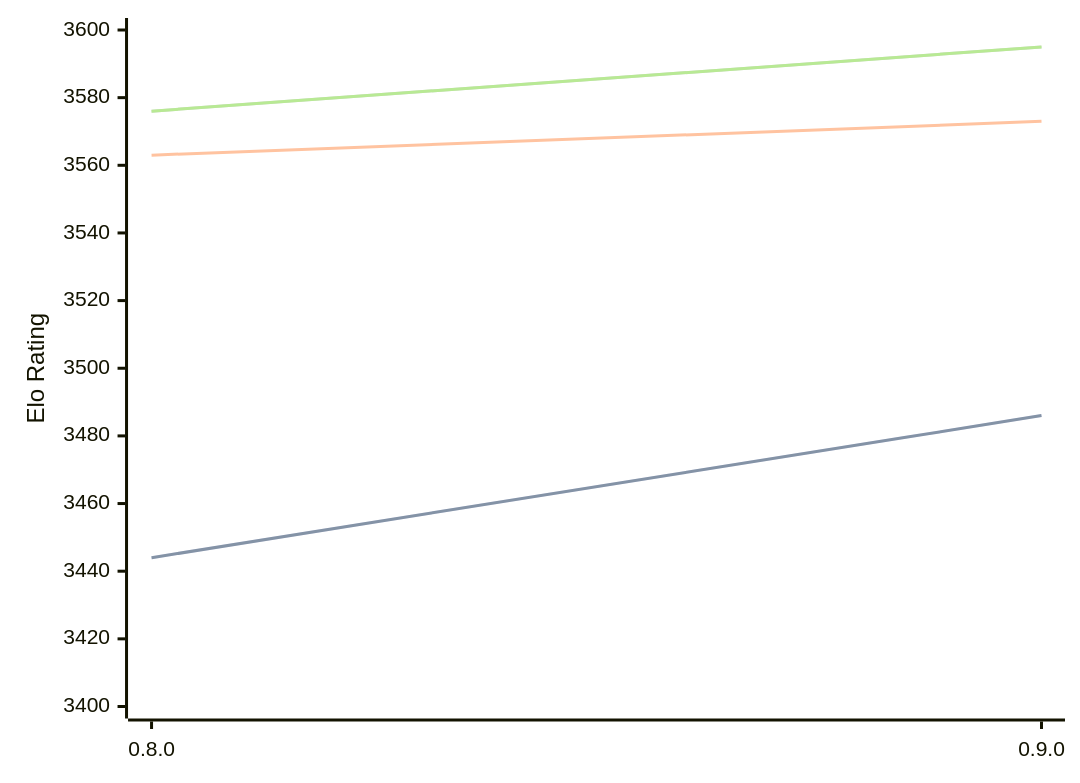
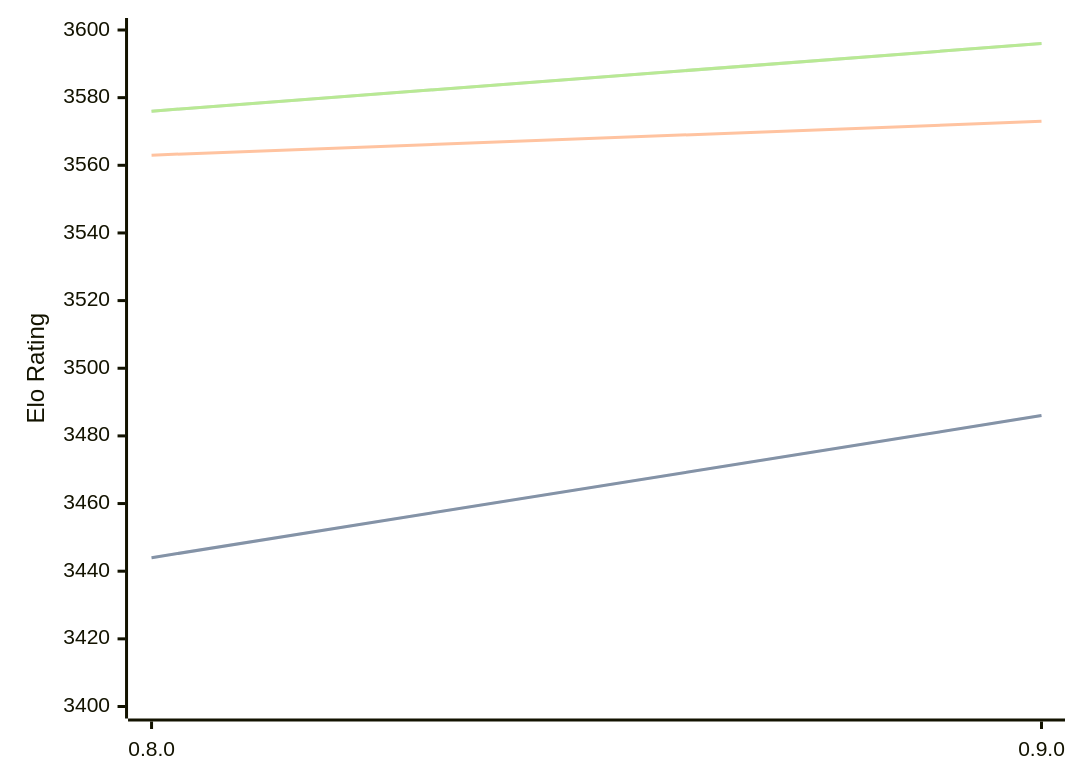
The diagram in engines/Reckless.md (computer-chess-index/cci), drawn with Mermaid before and after one commit. The commit also changed other lines of this file, not shown here.

Commit message:
Update CCI Ratings (ELO VLTC) - 2026-09-04

````diff
--- a/engines/Reckless.md
+++ b/engines/Reckless.md
@@ -32,11 +32,11 @@
 ```mermaid
 %%{init: {"theme":"base","themeVariables":{"seriesColors:['#a3a3a3','#222221','#faa371']}}}%%
 xychart-beta
   x-axis ["0.8.0", "0.9.0"]
   y-axis "Elo Rating" 3400 --> 3600
   line "" [3444, 3486]
   line "STC (8.0+0.08s)" [3444, 3486]
   line "LTC (60.0+0.60s)" [3563, 3573]
-  line "" [3576, 3595]
-  line "VLTC (2m24s+1.12s)" [3576, 3595]
+  line "" [3576, 3596]
+  line "VLTC (2m24s+1.12s)" [3576, 3596]
 ```
````
